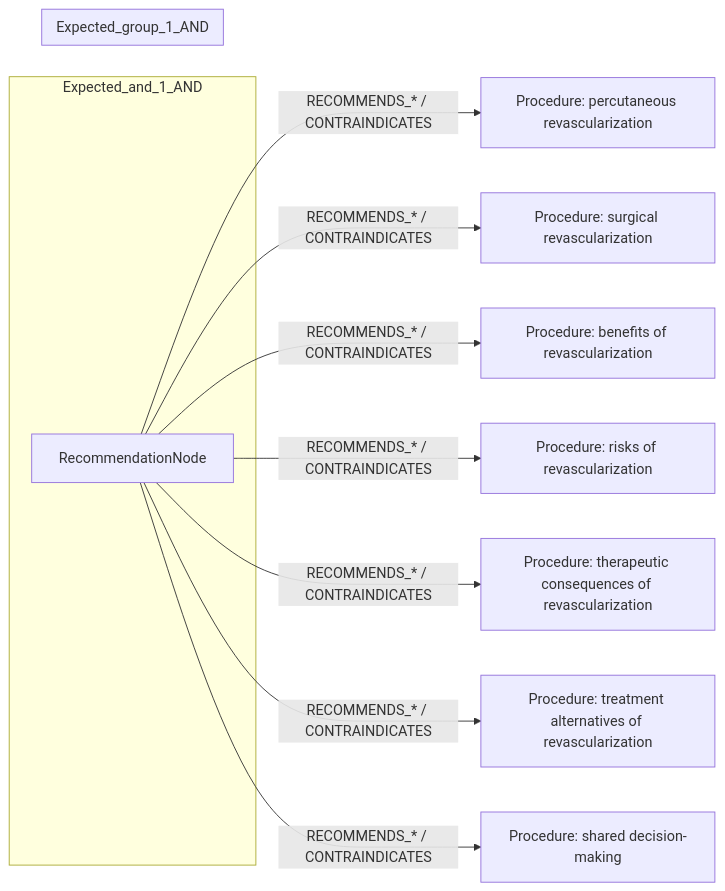
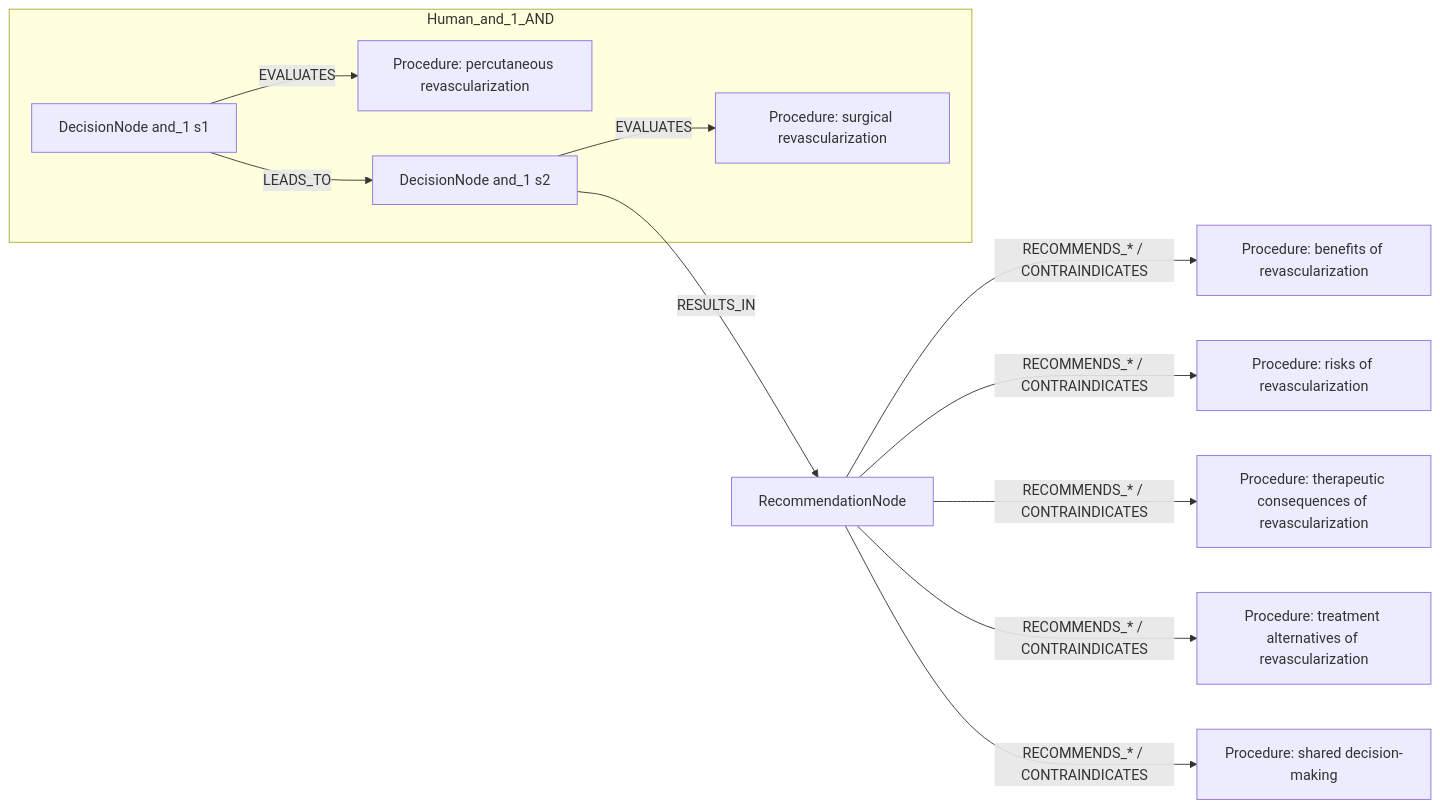
One commit to dieterich-lab/CardioGuidelinesGraph changed the first of 2 diagrams in docs/table22_rows/row_01.md. Above: the diagram before and after it, drawn with Mermaid. The commit also changed other lines of this file and 18 other files, not shown here.

Commit message:
Adjust mermaid for conditions/actions

````diff
--- a/docs/table22_rows/row_01.md
+++ b/docs/table22_rows/row_01.md
@@ -181,24 +181,24 @@
 ```mermaid
 graph LR
   REC[RecommendationNode]
-  ACT1[Procedure: percutaneous revascularization]
+  ACT1[Procedure: benefits of revascularization]
   REC -->|RECOMMENDS_* / CONTRAINDICATES| ACT1
-  ACT2[Procedure: surgical revascularization]
+  ACT2[Procedure: risks of revascularization]
   REC -->|RECOMMENDS_* / CONTRAINDICATES| ACT2
-  ACT3[Procedure: benefits of revascularization]
+  ACT3[Procedure: therapeutic consequences of revascularization]
   REC -->|RECOMMENDS_* / CONTRAINDICATES| ACT3
-  ACT4[Procedure: risks of revascularization]
+  ACT4[Procedure: treatment alternatives of revascularization]
   REC -->|RECOMMENDS_* / CONTRAINDICATES| ACT4
-  ACT5[Procedure: therapeutic consequences of revascularization]
+  ACT5[Procedure: shared decision-making]
   REC -->|RECOMMENDS_* / CONTRAINDICATES| ACT5
-  ACT6[Procedure: treatment alternatives of revascularization]
-  REC -->|RECOMMENDS_* / CONTRAINDICATES| ACT6
-  ACT7[Procedure: shared decision-making]
-  REC -->|RECOMMENDS_* / CONTRAINDICATES| ACT7
-  subgraph Expected_and_1_AND
-    REC
+  subgraph Human_and_1_AND
+    D_and_1_1[DecisionNode and_1 s1]
+    C_and_1_1[Procedure: percutaneous revascularization]
+    D_and_1_1 -->|EVALUATES| C_and_1_1
+    D_and_1_2[DecisionNode and_1 s2]
+    C_and_1_2[Procedure: surgical revascularization]
+    D_and_1_2 -->|EVALUATES| C_and_1_2
+    D_and_1_1 -->|LEADS_TO| D_and_1_2
   end
-  subgraph Expected_group_1_AND
-    REC
-  end
+  D_and_1_2 -->|RESULTS_IN| REC
 ```
````
